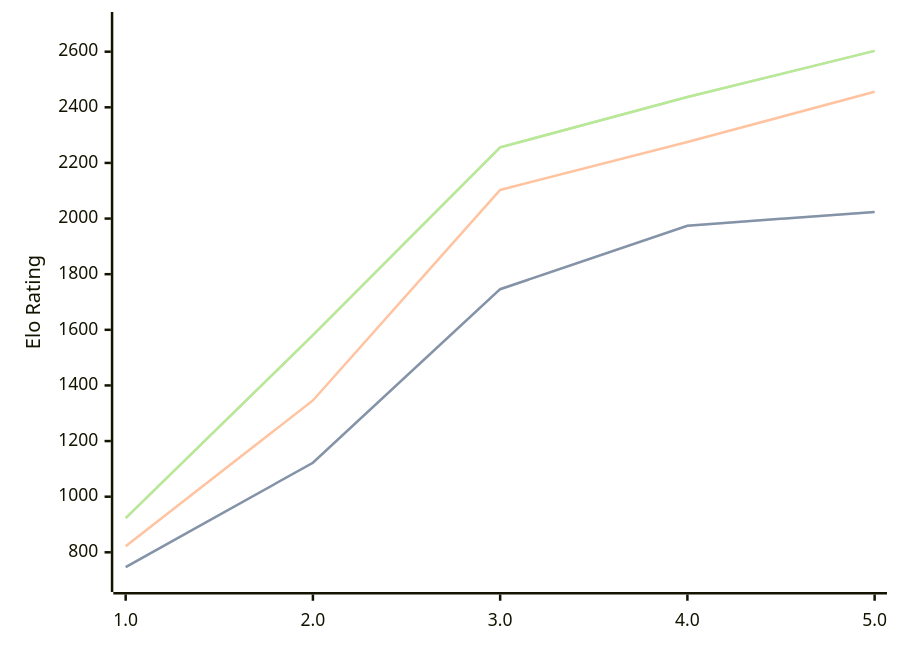
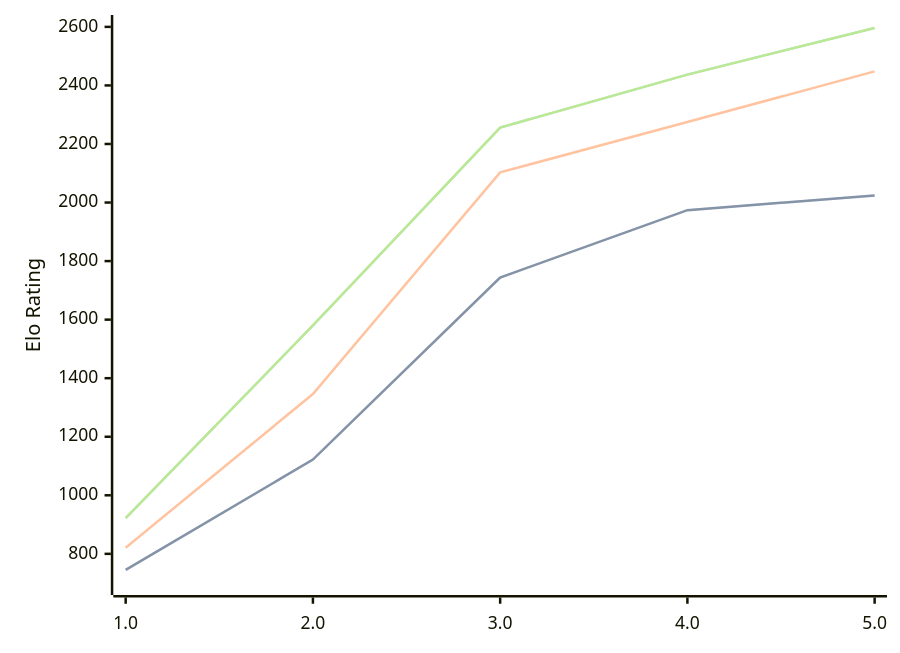
Before and after one commit to computer-chess-index/cci: the diagram in engines/Pea.md, drawn with Mermaid. The commit also changed other lines of this file, not shown here.

Commit message:
Update CCI Ratings (ELO VLTC) - 2026-04-21

````diff
--- a/engines/Pea.md
+++ b/engines/Pea.md
@@ -35,11 +36,11 @@
 ```mermaid
 %%{init: {"theme":"base","themeVariables":{"seriesColors:['#a3a3a3','#222221','#faa371']}}}%%
 xychart-beta
   x-axis ["1.0", "2.0", "3.0", "4.0", "5.0"]
-  y-axis "Elo Rating" 700 --> 2700
-  line "STC (8.0+0.08s)" [747, 1122, 1746, 1974, 2024]
-  line "STC (8.0+0.08s)" [747, 1122, 1746, 1974, 2024]
-  line "LTC (60.0+0.60s)" [822, 1346, 2103, 2275, 2456]
-  line "VLTC (2m24s+1.12s)" [923, 1581, 2256, 2437, 2603]
-  line "VLTC (2m24s+1.12s)" [923, 1581, 2256, 2437, 2603]
+  y-axis "Elo Rating" 700 --> 2600
+  line "STC (8.0+0.08s)" [745, 1122, 1744, 1974, 2024]
+  line "STC (8.0+0.08s)" [745, 1122, 1744, 1974, 2024]
+  line "LTC (60.0+0.60s)" [821, 1346, 2103, 2275, 2448]
+  line "VLTC (2m24s+1.12s)" [922, 1580, 2256, 2437, 2596]
+  line "VLTC (2m24s+1.12s)" [922, 1580, 2256, 2437, 2596]
 ```
````
